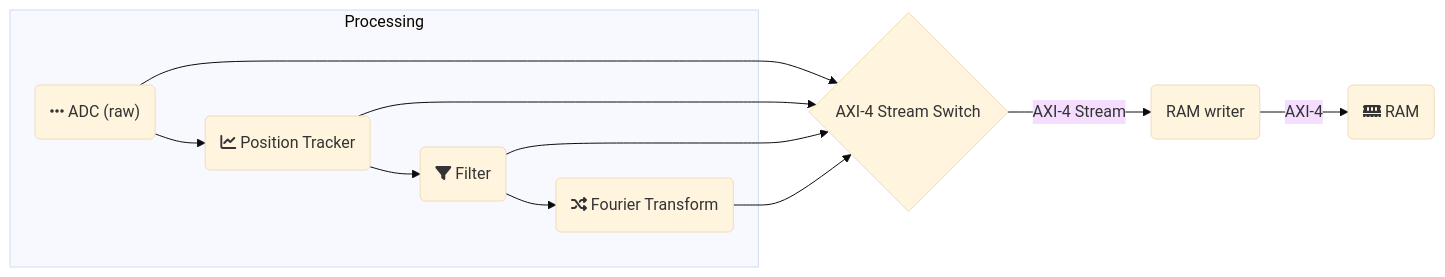
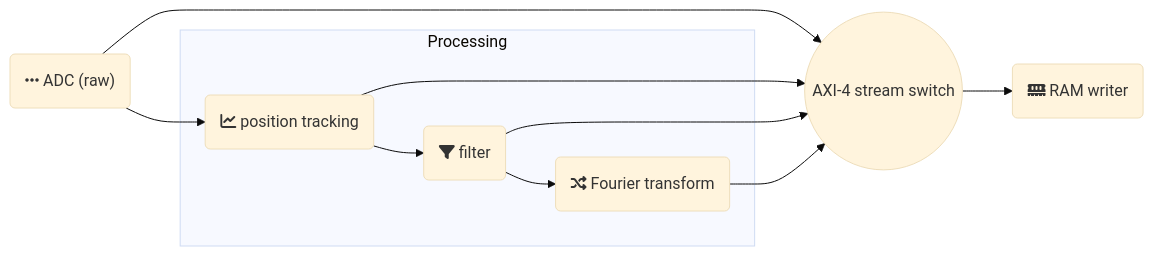
Before and after one commit to Apollo3zehn/Vibrometer: the first of 2 diagrams in doc/flow_diagram.md, drawn with Mermaid (base theme). The commit also changed other lines of this file and 8 other files, not shown here.

````diff
--- a/doc/flow_diagram.md
+++ b/doc/flow_diagram.md
@@ -1,24 +1,23 @@
 ```mermaid
 graph LR
     DA("fa:fa-ellipsis-h   ADC (raw)")
-    PT(fa:fa-chart-line Position Tracker)
-    FI(fa:fa-filter Filter)
-    FT(fa:fa-random Fourier Transform)
-    AS{AXI-4 Stream Switch}
-    RW(RAM writer)
-    RAM(fa:fa-memory RAM)
+    PT(fa:fa-chart-line position tracking)
+    FI(fa:fa-filter filter)
+    FT(fa:fa-random Fourier transform)
+    AS((AXI-4 stream switch))
+    RW(fa:fa-memory RAM writer)
+
+    DA --> PT
 
     subgraph Processing
-        DA --> PT
         PT --> FI
         FI --> FT
     end
 
     DA --> AS
     PT --> AS
     FI --> AS
     FT --> AS
 
-    AS --> |AXI-4 Stream| RW
-    RW --> |AXI-4| RAM
+    AS --> RW
 ```
````
